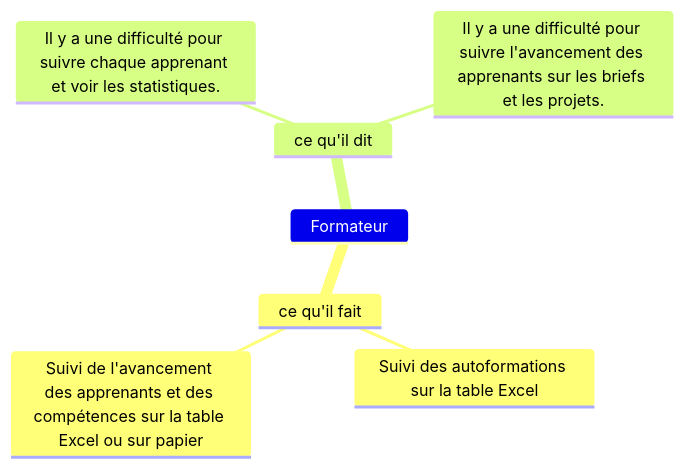
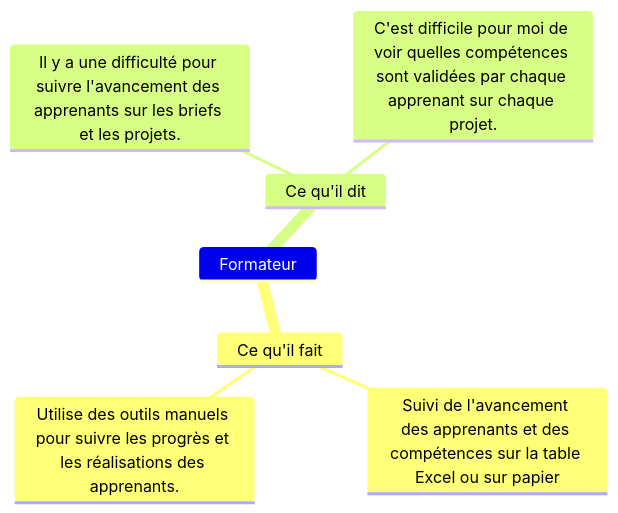
Before and after one commit to solicoders/soli-lms: the diagram in modélisation/pkg_suivi/empathie-formateur_pkg_suivi.mmd, drawn with Mermaid. The commit also changed 5 other files, not shown here.

```diff
--- a/modélisation/pkg_suivi/empathie-formateur_pkg_suivi.mmd
+++ b/modélisation/pkg_suivi/empathie-formateur_pkg_suivi.mmd
@@ -1,10 +1,10 @@
 %% @config(../mindmap-config.json)
 mindmap
 Formateur
 
-      ce qu'il fait
-        Suivi des autoformations sur la table Excel
-        Suivi de l'avancement des apprenants et des compétences sur la table Excel ou sur papier
-      ce qu'il dit
-        Il y a une difficulté pour suivre chaque apprenant et voir les statistiques.
-        Il y a une difficulté pour suivre l'avancement des apprenants sur les briefs et les projets.
+    Ce qu'il fait
+      Suivi de l'avancement des apprenants et des compétences sur la table Excel ou sur papier
+      Utilise des outils manuels pour suivre les progrès et les réalisations des apprenants.
+    Ce qu'il dit
+      Il y a une difficulté pour suivre l'avancement des apprenants sur les briefs et les projets.
+      C'est difficile pour moi de voir quelles compétences sont validées par chaque apprenant sur chaque projet.
```
